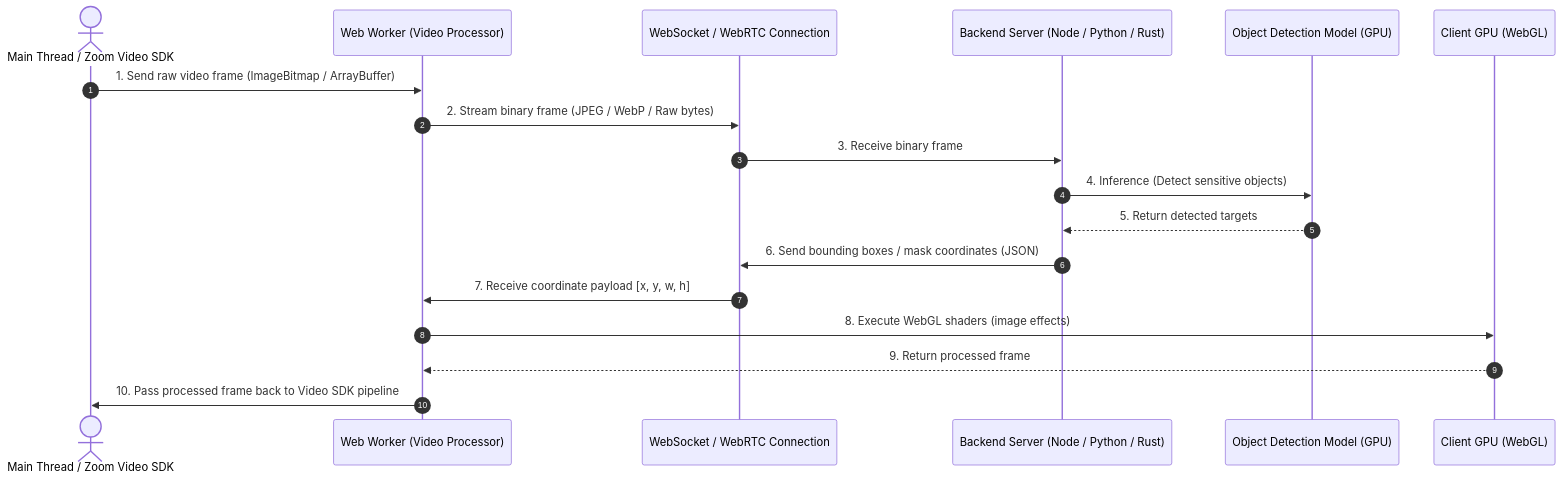
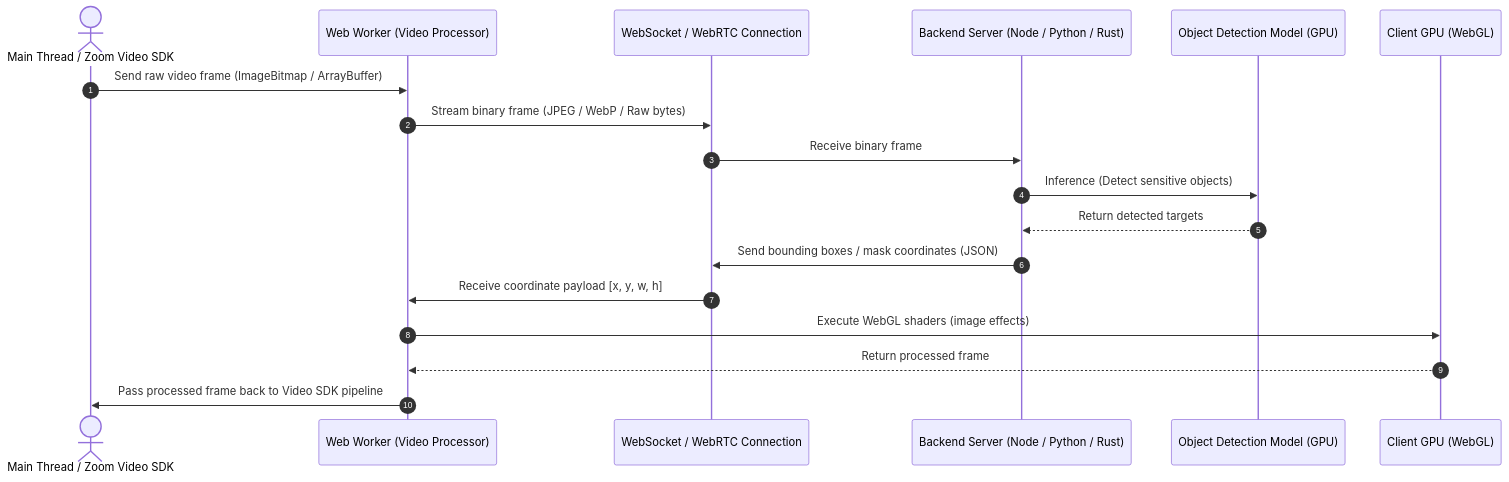
Before and after one commit to zoom/blueprints: the second of 2 diagrams in blueprints/content-moderation-and-detection/index.md, drawn with Mermaid. The commit also changed other lines of this file, not shown here.

````diff
--- a/blueprints/content-moderation-and-detection/index.md
+++ b/blueprints/content-moderation-and-detection/index.md
@@ -142,21 +146,21 @@
 ```mermaid
 sequenceDiagram
     autonumber
     actor Main as Main Thread / Zoom Video SDK
     participant Worker as Web Worker (Video Processor)
     participant WS as WebSocket / WebRTC Connection
     participant Server as Backend Server (Node / Python / Rust)
     participant Model as Object Detection Model (GPU)
     participant GPU as Client GPU (WebGL)
 
-    Main->>Worker: 1. Send raw video frame (ImageBitmap / ArrayBuffer)
-    Worker->>WS: 2. Stream binary frame (JPEG / WebP / Raw bytes)
-    WS->>Server: 3. Receive binary frame
-    Server->>Model: 4. Inference (Detect sensitive objects)
-    Model-->>Server: 5. Return detected targets
-    Server->>WS: 6. Send bounding boxes / mask coordinates (JSON)
-    WS->>Worker: 7. Receive coordinate payload [x, y, w, h]
-    Worker->>GPU: 8. Execute WebGL shaders (image effects)
-    GPU-->>Worker: 9. Return processed frame
-    Worker->>Main: 10. Pass processed frame back to Video SDK pipeline
+    Main->>Worker: Send raw video frame (ImageBitmap / ArrayBuffer)
+    Worker->>WS: Stream binary frame (JPEG / WebP / Raw bytes)
+    WS->>Server: Receive binary frame
+    Server->>Model: Inference (Detect sensitive objects)
+    Model-->>Server: Return detected targets
+    Server->>WS: Send bounding boxes / mask coordinates (JSON)
+    WS->>Worker: Receive coordinate payload [x, y, w, h]
+    Worker->>GPU: Execute WebGL shaders (image effects)
+    GPU-->>Worker: Return processed frame
+    Worker->>Main: Pass processed frame back to Video SDK pipeline
 ```
````
